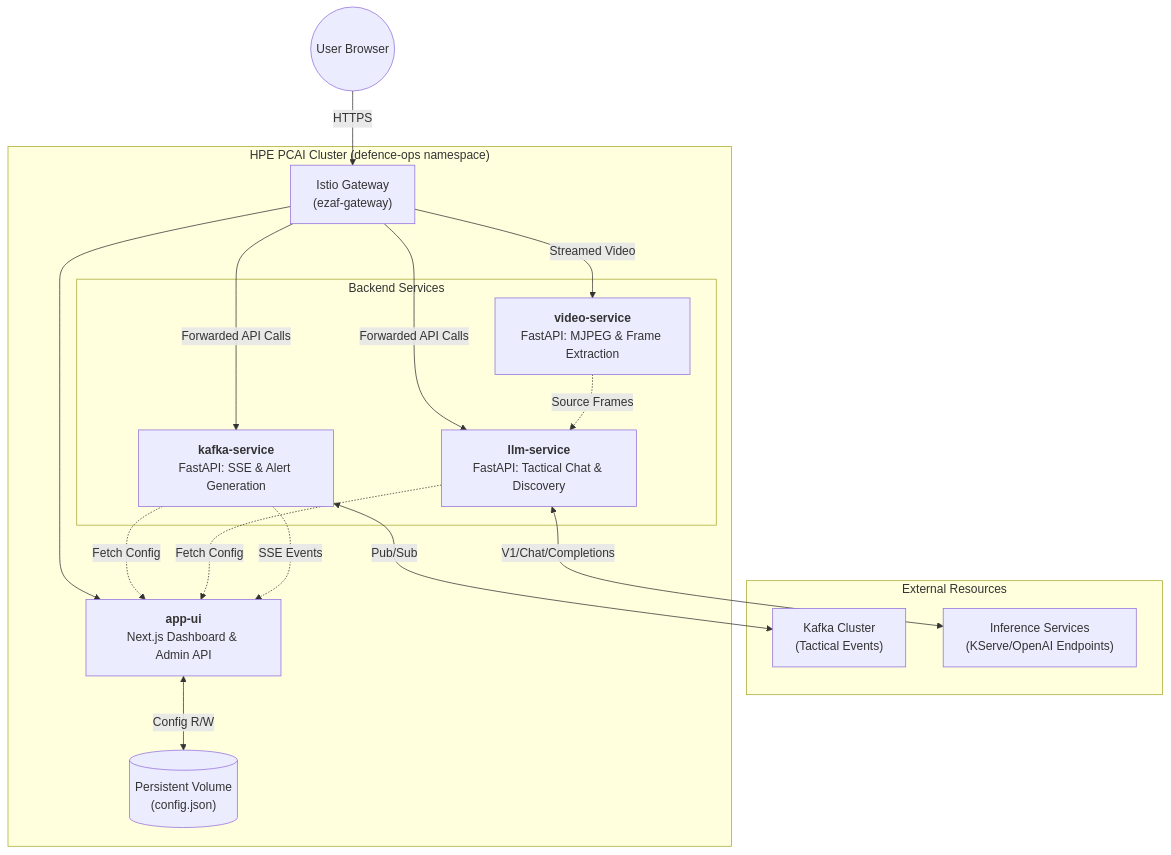
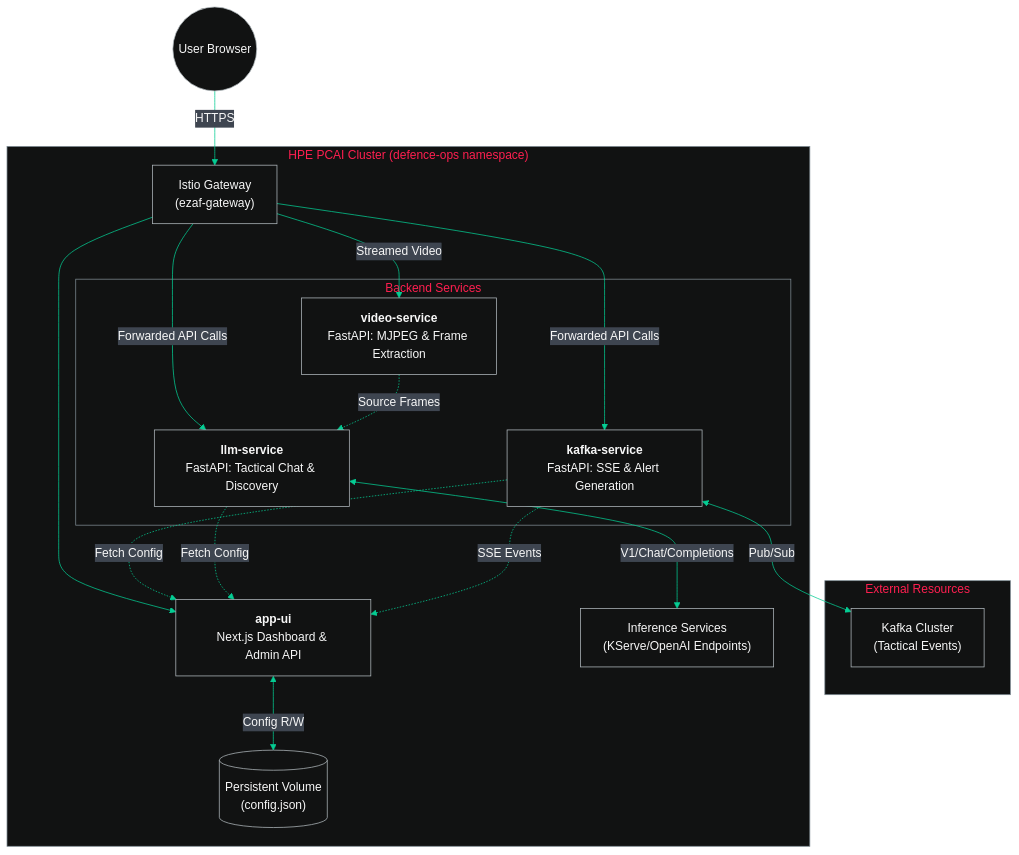
One commit to erdincka/defence-ops changed the diagram in DIAGRAM.md. Above: the diagram before and after it, drawn with Mermaid. The commit also changed 16 other files, not shown here.

Commit message:
fix issues with diagram display

````diff
--- a/DIAGRAM.md
+++ b/DIAGRAM.md
@@ -7,43 +7,45 @@
 ```mermaid
+%%{init: { 'theme': 'base', 'themeVariables': { 'primaryColor': '#0070F8', 'primaryTextColor': '#F7F7F7', 'primaryBorderColor': '#62E5F6', 'lineColor': '#05CC93', 'secondaryColor': '#7764FC', 'tertiaryColor': '#00E0AF', 'nodeBorder': '#B1B9BE', 'mainBkg': '#111212', 'textColor': '#E6E8E9', 'edgeLabelBackground': '#3E4550', 'clusterBkg': '#111212', 'clusterBorder': '#7D8A92' } } }%%
 graph TB
     subgraph "External Resources"
         Kafka["Kafka Cluster<br/>(Tactical Events)"]
-        LLM["Inference Services<br/>(KServe/OpenAI Endpoints)"]
     end
 
     subgraph "HPE PCAI Cluster (defence-ops namespace)"
         Gateway["Istio Gateway<br/>(ezaf-gateway)"]
         
         UI["<b>app-ui</b><br/>Next.js Dashboard & Admin API"]
         
         subgraph "Backend Services"
             LS["<b>llm-service</b><br/>FastAPI: Tactical Chat & Discovery"]
             KS["<b>kafka-service</b><br/>FastAPI: SSE & Alert Generation"]
             VS["<b>video-service</b><br/>FastAPI: MJPEG & Frame Extraction"]
         end
         
         PVC[("Persistent Volume<br/>(config.json)")]
+
+        LLM["Inference Services<br/>(KServe/OpenAI Endpoints)"]
     end
 
     User((User Browser))
 
     %% User Interaction
     User -->|HTTPS| Gateway
     Gateway --> UI
     Gateway -->|Forwarded API Calls| LS
     Gateway -->|Forwarded API Calls| KS
     Gateway -->|Streamed Video| VS
 
     %% Service Connections
     UI <-->|Config R/W| PVC
     KS -.->|Fetch Config| UI
     LS -.->|Fetch Config| UI
     
     %% External Integration
     KS <-->|Pub/Sub| Kafka
     LS <-->|V1/Chat/Completions| LLM
     
     %% Data Flow
     VS -.->|Source Frames| LS
     KS -.->|SSE Events| UI
 ```
````
